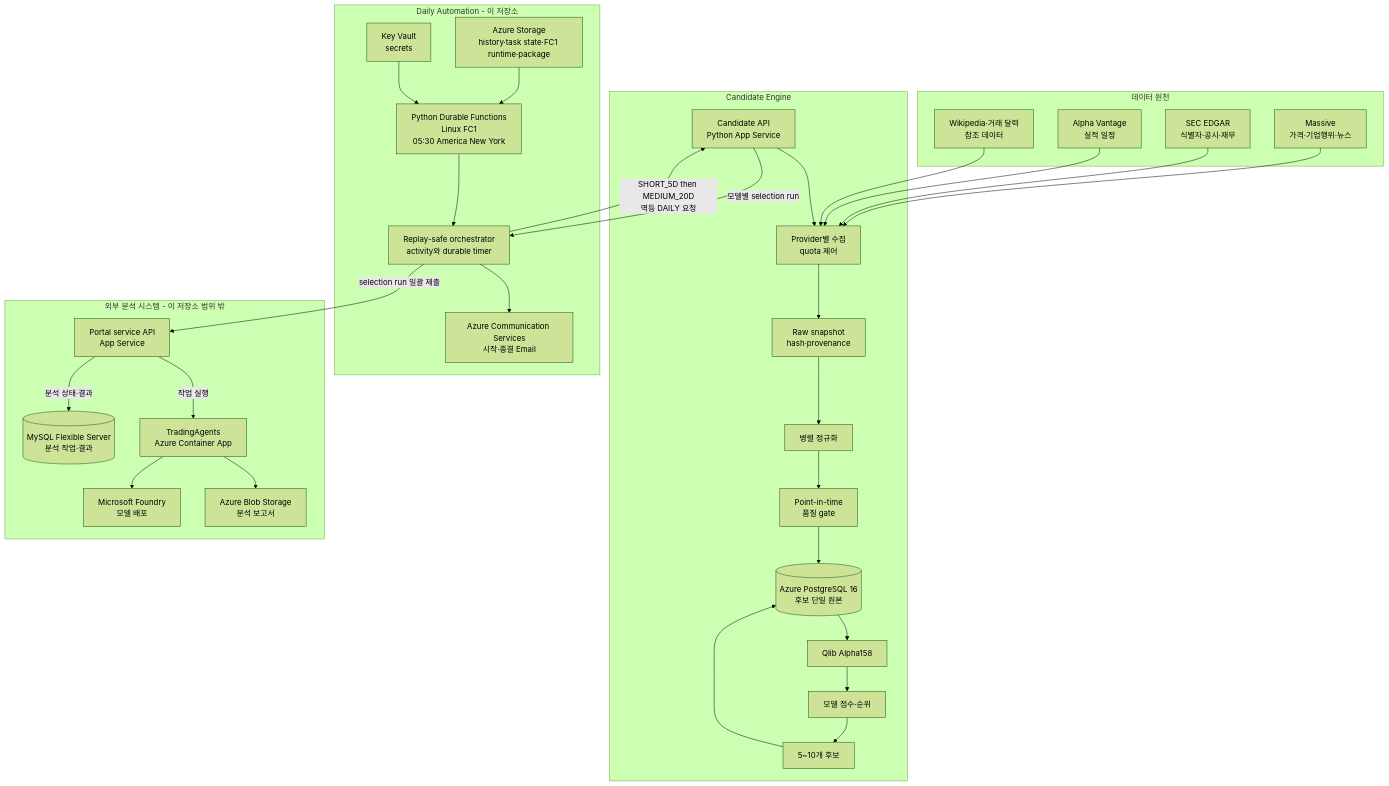
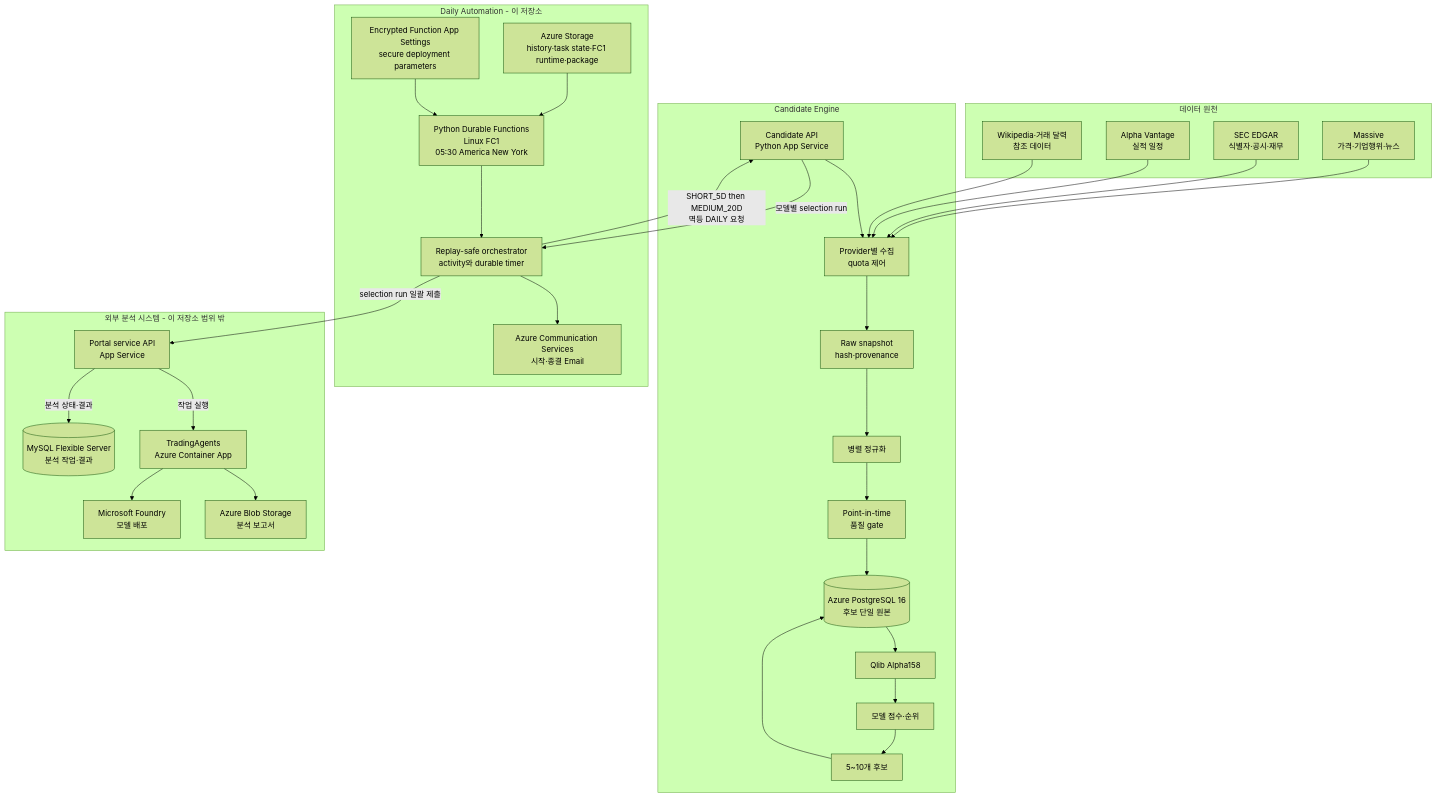
Before and after one commit to brjeong-private/sp500-candidate-engine: the first of 5 diagrams in README.md, drawn with Mermaid (forest theme). The commit also changed other lines of this file and 3 other files, not shown here.

Commit message:
docs: align dual-model operational architecture

````diff
--- a/README.md
+++ b/README.md
@@ -93,57 +98,57 @@
 ```mermaid
 flowchart TB
     subgraph Sources["데이터 원천"]
         Massive["Massive<br/>가격·기업행위·뉴스"]
         SEC["SEC EDGAR<br/>식별자·공시·재무"]
         Alpha["Alpha Vantage<br/>실적 일정"]
         Reference["Wikipedia·거래 달력<br/>참조 데이터"]
     end
 
     subgraph Candidate["Candidate Engine"]
         CandidateApi["Candidate API<br/>Python App Service"]
         Collectors["Provider별 수집<br/>quota 제어"]
         Raw["Raw snapshot<br/>hash·provenance"]
         Normalize["병렬 정규화"]
         Gates["Point-in-time<br/>품질 gate"]
         Features["Qlib Alpha158"]
         Scores["모델 점수·순위"]
         Candidates["5~10개 후보"]
         PostgreSQL[("Azure PostgreSQL 16<br/>후보 단일 원본")]
     end
 
     subgraph Automation["Daily Automation - 이 저장소"]
         Timer["Python Durable Functions<br/>Linux FC1<br/>05:30 America New York"]
         Durable["Replay-safe orchestrator<br/>activity와 durable timer"]
         ACS["Azure Communication Services<br/>시작·종결 Email"]
         State["Azure Storage<br/>history·task state·FC1 runtime·package"]
-        Runtime["Key Vault<br/>secrets"]
+        Runtime["Encrypted Function App Settings<br/>secure deployment parameters"]
     end
 
     subgraph External["외부 분석 시스템 - 이 저장소 범위 밖"]
         Portal["Portal service API<br/>App Service"]
         MySQL[("MySQL Flexible Server<br/>분석 작업·결과")]
         TradingAgents["TradingAgents<br/>Azure Container App"]
         Foundry["Microsoft Foundry<br/>모델 배포"]
         Reports["Azure Blob Storage<br/>분석 보고서"]
     end
 
     Massive --> Collectors
     SEC --> Collectors
     Alpha --> Collectors
     Reference --> Collectors
     CandidateApi --> Collectors
     Collectors --> Raw --> Normalize --> Gates --> PostgreSQL
     PostgreSQL --> Features --> Scores --> Candidates --> PostgreSQL
 
     Timer --> Durable
     State --> Timer
     Runtime --> Timer
     Durable -->|"SHORT_5D then MEDIUM_20D<br/>멱등 DAILY 요청"| CandidateApi
     CandidateApi -->|"모델별 selection run"| Durable
     Durable -->|"selection run 일괄 제출"| Portal
     Portal -->|"작업 실행"| TradingAgents
     Portal -->|"분석 상태·결과"| MySQL
     TradingAgents --> Foundry
     TradingAgents --> Reports
     Durable --> ACS
 ```
````
